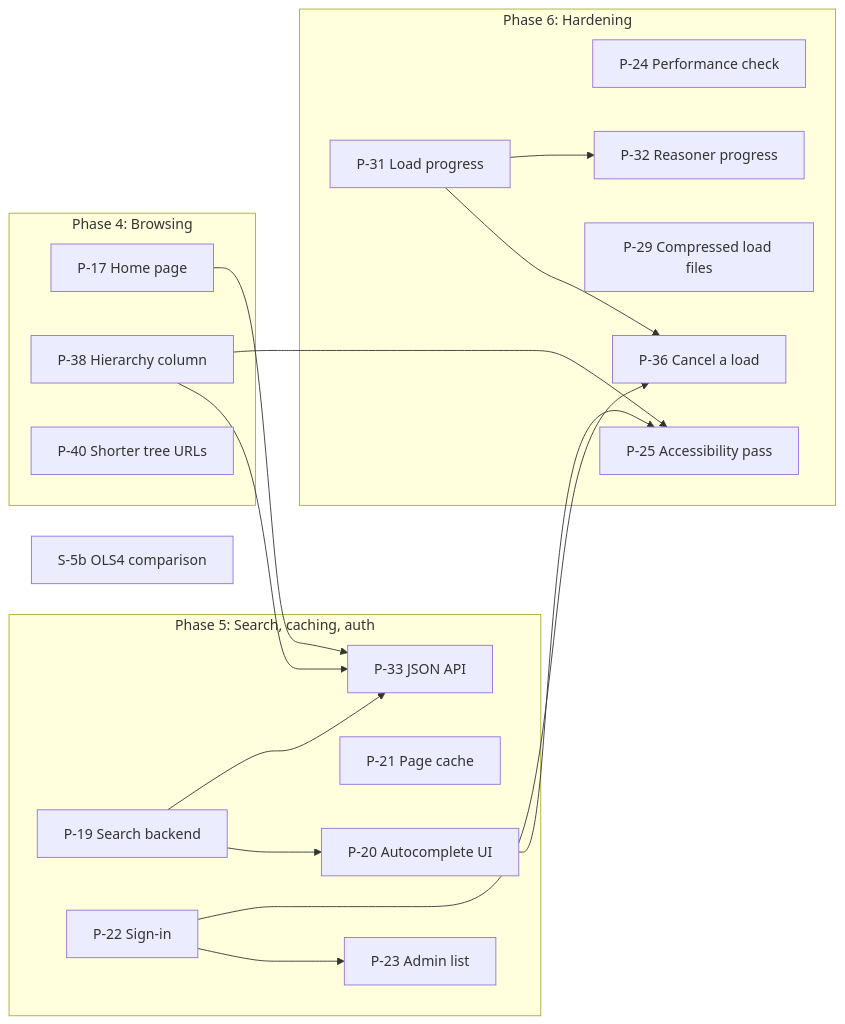
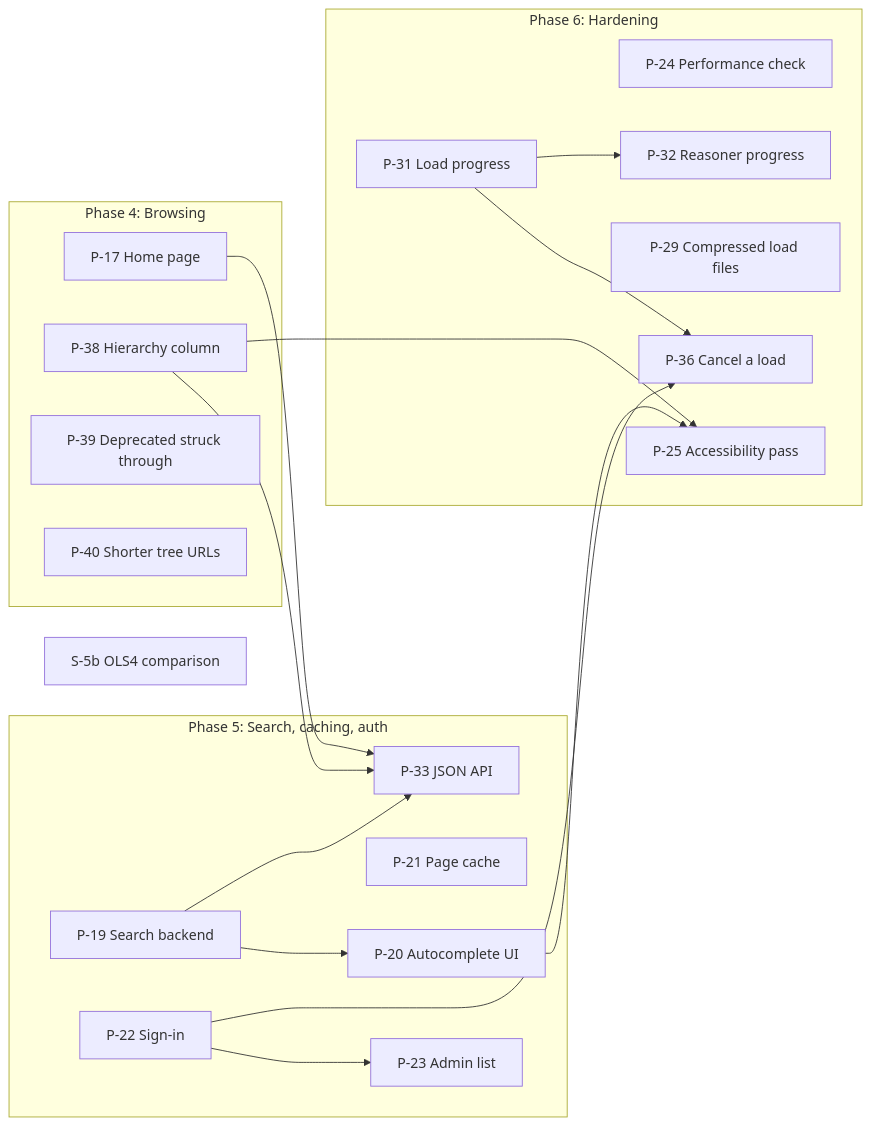
Before and after one commit to jclerman/browl: the diagram in docs/DESIGN.md, drawn with Mermaid. The commit also changed other lines of this file, not shown here.

First line of the commit message:
Design: P-39, deprecated entities struck through in hierarchy views (U-46)

````diff
--- a/docs/DESIGN.md
+++ b/docs/DESIGN.md
@@ -1661,32 +1663,33 @@
 ```mermaid
 flowchart LR
     subgraph P4["Phase 4: Browsing"]
         P17["P-17 Home page"]
         P38["P-38 Hierarchy column"]
+        P39["P-39 Deprecated struck through"]
         P40["P-40 Shorter tree URLs"]
     end
     subgraph P5["Phase 5: Search, caching, auth"]
         P19["P-19 Search backend"]
         P20["P-20 Autocomplete UI"]
         P21["P-21 Page cache"]
         P22["P-22 Sign-in"]
         P23["P-23 Admin list"]
         P33["P-33 JSON API"]
     end
     subgraph P6["Phase 6: Hardening"]
         P24["P-24 Performance check"]
         P25["P-25 Accessibility pass"]
         P29["P-29 Compressed load files"]
         P31["P-31 Load progress"]
         P32["P-32 Reasoner progress"]
         P36["P-36 Cancel a load"]
     end
     S5b["S-5b OLS4 comparison"]
 
     P19 --> P20
     P17 & P19 & P38 --> P33
     P20 & P38 --> P25
     P22 --> P23
     P22 & P31 --> P36
     P31 --> P32
 ```
````
